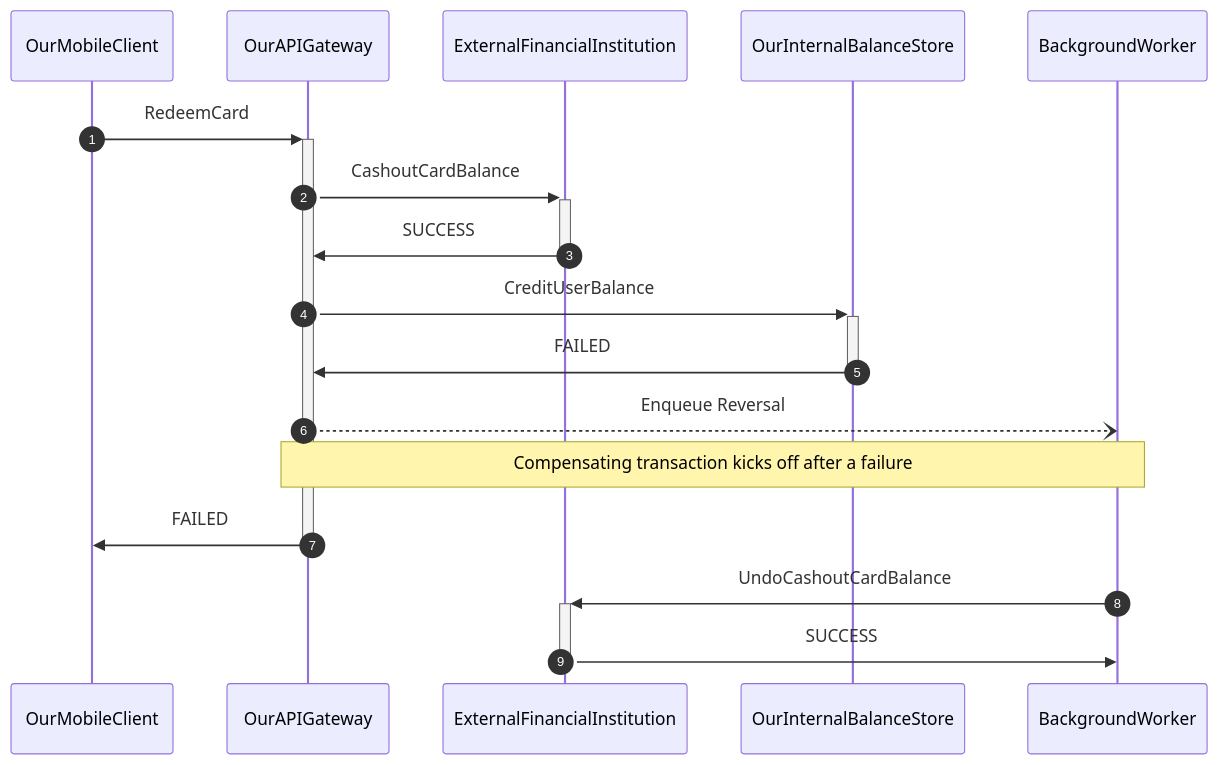
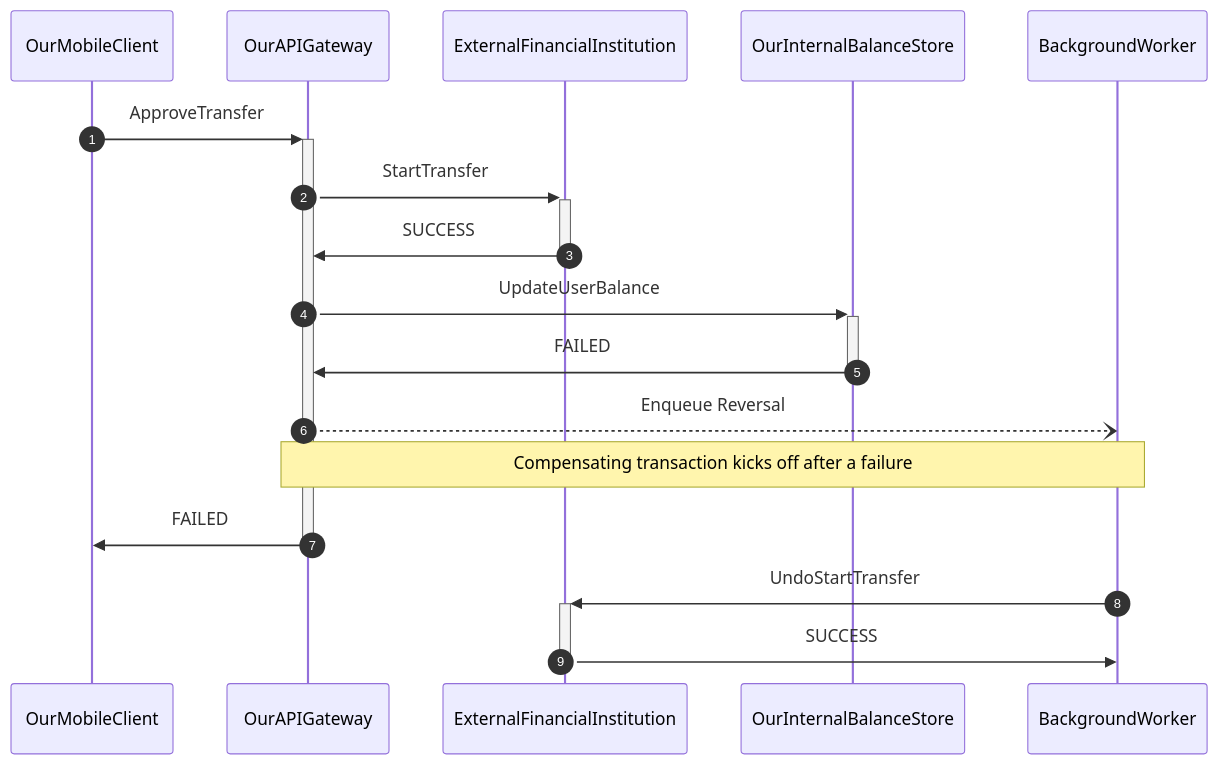
The second of 2 diagrams in specs/CardTransfer/README.md (andrewhao/tla-plus-onramp), drawn with Mermaid before and after one commit. The commit also changed other lines of this file and 2 other files, not shown here.

Commit message:
Adding WIP draft of bank transfer spec

````diff
--- a/specs/CardTransfer/README.md
+++ b/specs/CardTransfer/README.md
@@ -46,14 +48,14 @@
 ```mermaid
 sequenceDiagram
 autonumber
-OurMobileClient->>+OurAPIGateway: RedeemCard
-OurAPIGateway->>+ExternalFinancialInstitution: CashoutCardBalance
+OurMobileClient->>+OurAPIGateway: ApproveTransfer
+OurAPIGateway->>+ExternalFinancialInstitution: StartTransfer
 ExternalFinancialInstitution->>-OurAPIGateway: SUCCESS
-OurAPIGateway->>+OurInternalBalanceStore: CreditUserBalance
+OurAPIGateway->>+OurInternalBalanceStore: UpdateUserBalance
 OurInternalBalanceStore->>-OurAPIGateway: FAILED
 OurAPIGateway--)BackgroundWorker: Enqueue Reversal
 Note over OurAPIGateway,BackgroundWorker: Compensating transaction kicks off after a failure
 OurAPIGateway->>-OurMobileClient: FAILED
-BackgroundWorker->>+ExternalFinancialInstitution: UndoCashoutCardBalance
+BackgroundWorker->>+ExternalFinancialInstitution: UndoStartTransfer
 ExternalFinancialInstitution->>-BackgroundWorker: SUCCESS
 ```
````
